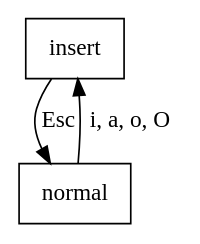
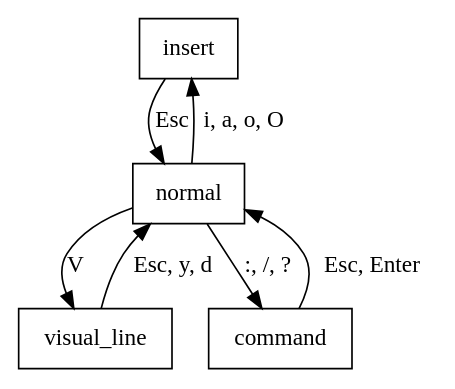
Before and after one commit to rododhendron/ressac: the diagram in docs/journal/20260519_multiline_tui_design.md, drawn with Graphviz. The commit also changed other lines of this file, not shown here.

First line of the commit message:
docs: expand multi-line TUI design with visual mode, search, yank/paste

````diff
--- a/docs/journal/20260519_multiline_tui_design.md
+++ b/docs/journal/20260519_multiline_tui_design.md
@@ -173,8 +178,15 @@
 ```dot
 digraph modes {
-    insert [shape=box];
-    normal [shape=box];
-    insert -> normal [label="Esc"];
-    normal -> insert [label="i, a, o, O"];
+    insert       [shape=box];
+    normal       [shape=box];
+    visual_line  [shape=box];
+    command      [shape=box];
+
+    insert      -> normal       [label="Esc"];
+    normal      -> insert       [label="i, a, o, O"];
+    normal      -> visual_line  [label="V"];
+    visual_line -> normal       [label="Esc, y, d"];
+    normal      -> command      [label=":, /, ?"];
+    command     -> normal       [label="Esc, Enter"];
 }
 ```
````
